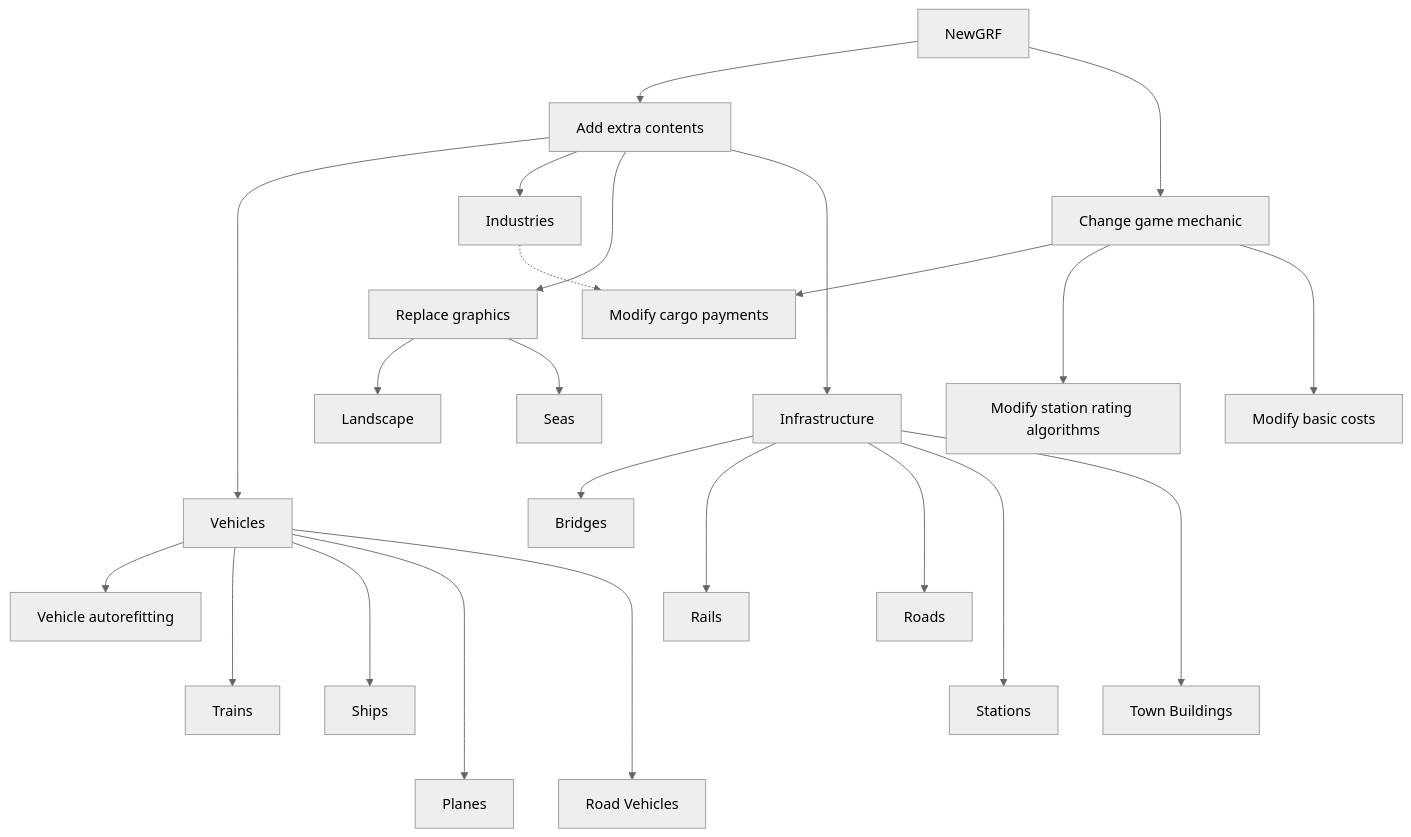
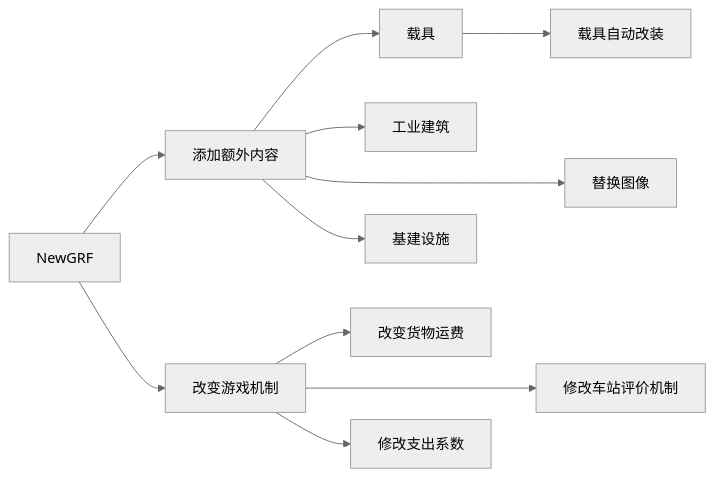
One commit to OpenTTD-China-Set/OpenTTD-documents changed the diagram in docs/newgrf/newgrf_explanation.md. Above: the diagram before and after it, drawn with Mermaid (neutral theme). The commit also changed other lines of this file and 1 other file, not shown here.

````diff
--- a/docs/newgrf/newgrf_explanation.md
+++ b/docs/newgrf/newgrf_explanation.md
@@ -89,30 +13,18 @@
 ```{mermaid}
-flowchart TD
-  NewGRF --> ae[Add extra contents]
+flowchart LR
+  NewGRF --> ae[添加额外内容]
 
-  ae -----> Vehicles
-  Vehicles --> au[Vehicle autorefitting]
-  Vehicles ---> Trains
-  Vehicles ---> Ships
-  Vehicles ----> Planes
-  Vehicles ----> rv[Road Vehicles]
+  ae --> Vehicles[载具]
+  Vehicles --> au[载具自动改装]
 
-  ae --> Industries
-  Industries -.-> md
+  ae --> Industries[工业建筑]
 
-  ae ---> rp[Replace graphics]
-  rp --> Landscape
-  rp --> Seas
+  ae ---> rp[替换图像]
 
-  ae ----> infra[Infrastructure]
-  infra --> Bridges
-  infra ---> Rails
-  infra ---> Roads
-  infra ----> Stations
-  infra ----> tb[Town Buildings]
+  ae --> infra[基建设施]
 
-  NewGRF ---> ch[Change game mechanic]
-  ch --> md[Modify cargo payments]
-  ch ---> st[Modify station rating algorithms]
-  ch ---> bc[Modify basic costs]
+  NewGRF --> ch[改变游戏机制]
+  ch --> md[改变货物运费]
+  ch ---> st[修改车站评价机制]
+  ch --> bc[修改支出系数]
 ```
````
